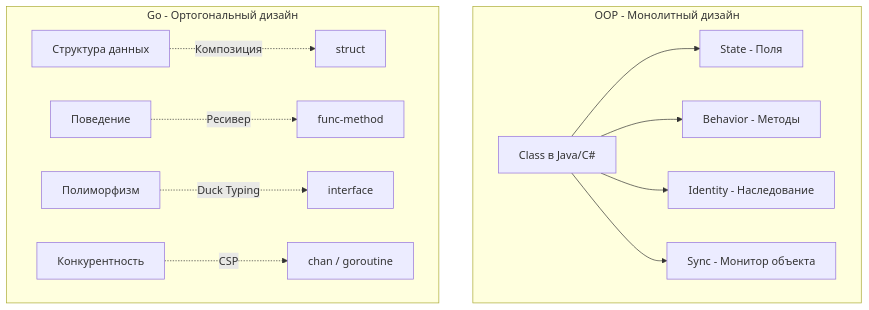
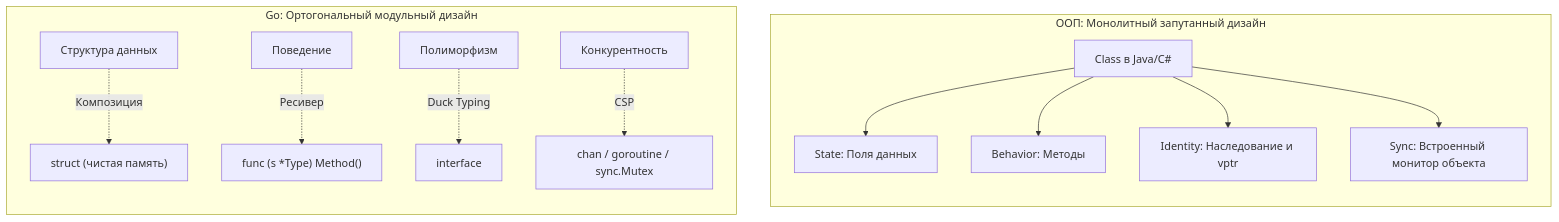
One commit to UnrealTemplier/go-textbook changed the diagram in sources/4. История и философия Go/7. The Zen of Go и официальные принципы языка.md. Above: the diagram before and after it, drawn with Mermaid. The commit also changed other lines of this file, not shown here.

````diff
--- a/sources/4. История и философия Go/7. The Zen of Go и официальные принципы языка.md
+++ b/sources/4. История и философия Go/7. The Zen of Go и официальные принципы языка.md
@@ -26,15 +29,18 @@
 ```mermaid
 flowchart TD
-    subgraph OOP - Монолитный дизайн
-        A["Class в Java/C#"] --> B["State - Поля"]
-        A --> C["Behavior - Методы"]
-        A --> D["Identity - Наследование"]
-        A --> E["Sync - Монитор объекта"]
+    subgraph OOP["ООП: Монолитный запутанный дизайн"]
+        direction TB
+        A["Class в Java/C#"] --> B["State: Поля данных"]
+        A --> C["Behavior: Методы"]
+        A --> D["Identity: Наследование и vptr"]
+        A --> E["Sync: Встроенный монитор объекта"]
     end
-    subgraph Go - Ортогональный дизайн
-        F["Структура данных"] -.->|"Композиция"| G["struct"]
-        H["Поведение"] -.->|"Ресивер"| I["func-method"]
+
+    subgraph GoDesign["Go: Ортогональный модульный дизайн"]
+        direction TB
+        F["Структура данных"] -.->|"Композиция"| G["struct (чистая память)"]
+        H["Поведение"] -.->|"Ресивер"| I["func (s *Type) Method()"]
         J["Полиморфизм"] -.->|"Duck Typing"| K["interface"]
-        L["Конкурентность"] -.->|"CSP"| M["chan / goroutine"]
+        L["Конкурентность"] -.->|"CSP"| M["chan / goroutine / sync.Mutex"]
     end
 ```
````
